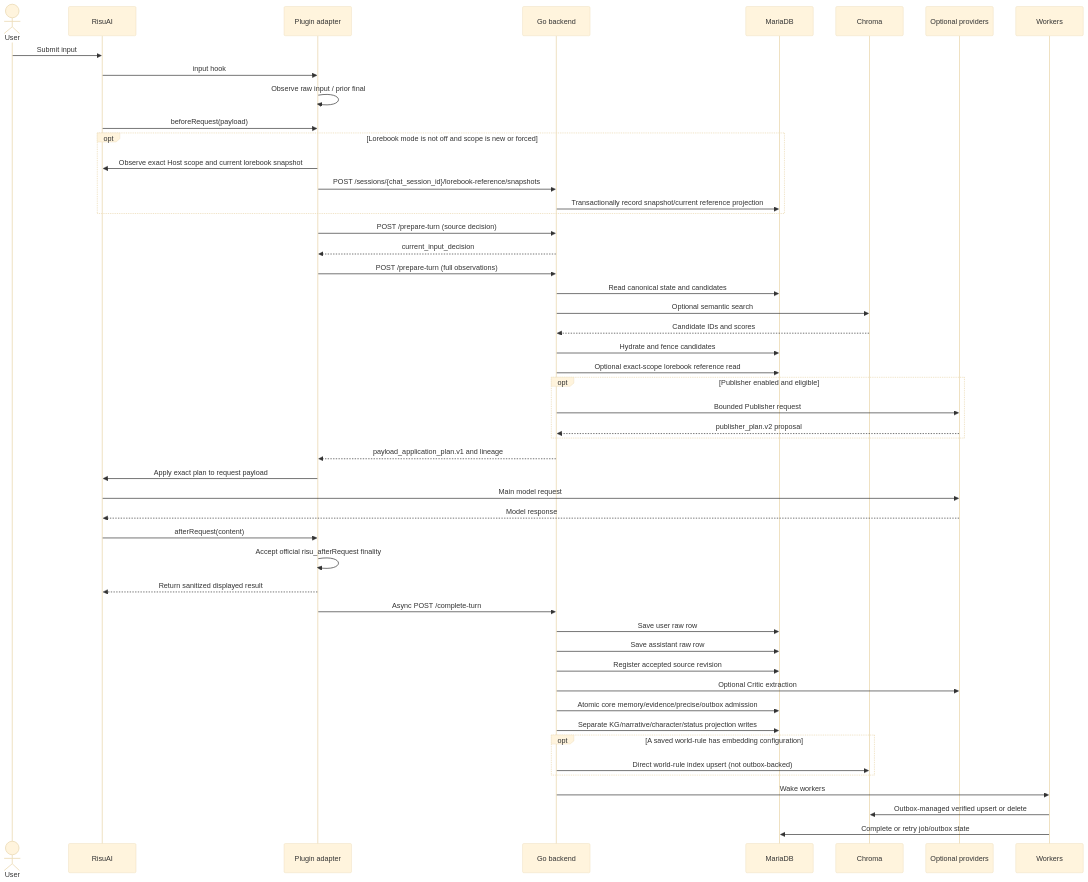
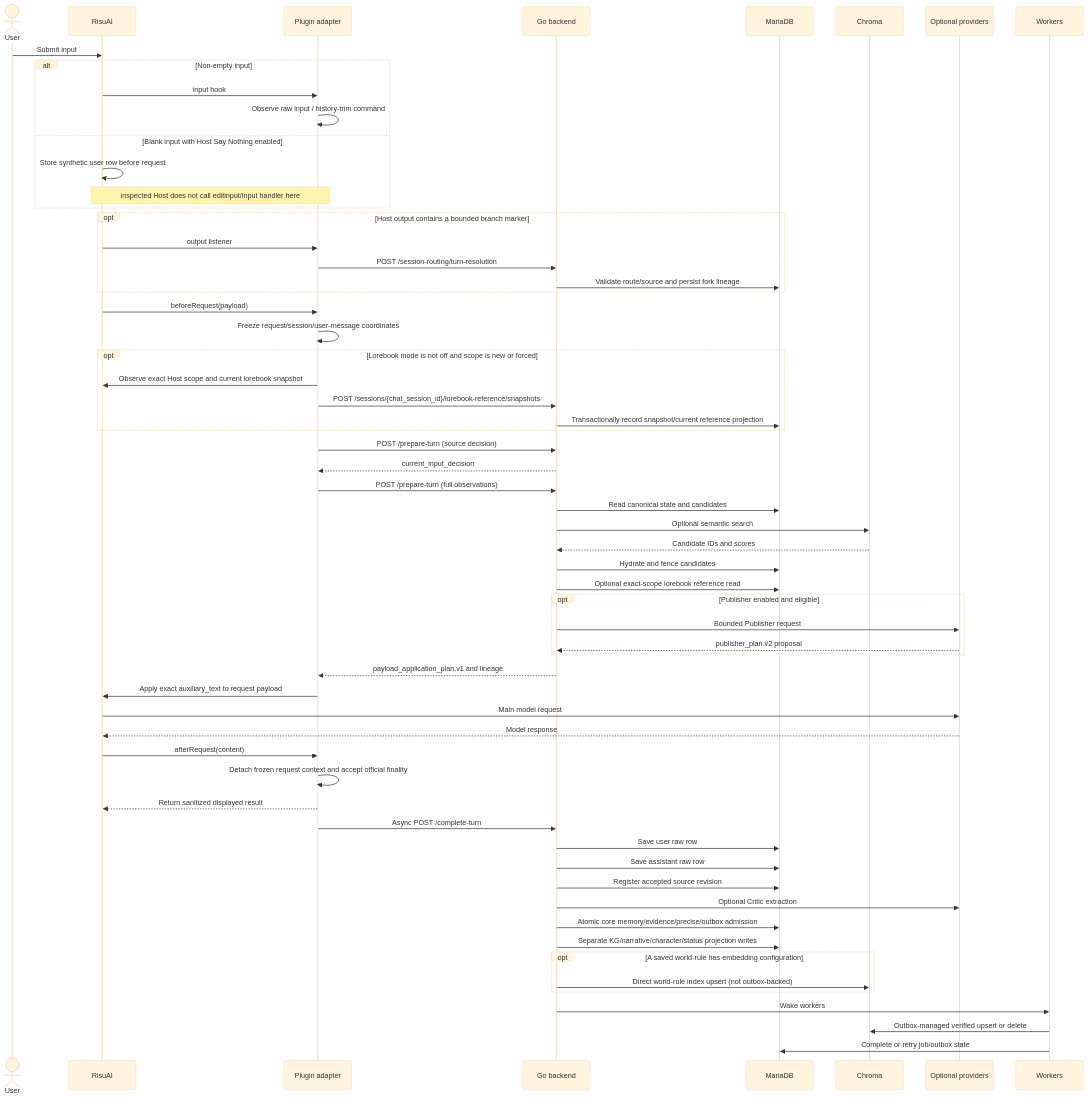
The third of 4 diagrams in STRUCTURE.md (Flazer31/archive-center), drawn with Mermaid (base theme) before and after one commit. The commit also changed other lines of this file and 28 other files, not shown here.

````diff
--- a/STRUCTURE.md
+++ b/STRUCTURE.md
@@ -196,53 +211,64 @@
 ```mermaid
 sequenceDiagram
     actor User
     participant Risu as RisuAI
     participant JS as Plugin adapter
     participant Go as Go backend
     participant DB as MariaDB
     participant Vec as Chroma
     participant LLM as Optional providers
     participant W as Workers
 
     User->>Risu: Submit input
-    Risu->>JS: input hook
-    JS->>JS: Observe raw input / prior final
+    alt Non-empty input
+        Risu->>JS: input hook
+        JS->>JS: Observe raw input / history-trim command
+    else Blank input with Host Say Nothing enabled
+        Risu->>Risu: Store synthetic user row before request
+        Note over Risu,JS: inspected Host does not call editinput/input handler here
+    end
+    opt Host output contains a bounded branch marker
+        Risu->>JS: output listener
+        JS->>Go: POST /session-routing/turn-resolution
+        Go->>DB: Validate route/source and persist fork lineage
+    end
     Risu->>JS: beforeRequest(payload)
+    JS->>JS: Freeze request/session/user-message coordinates
     opt Lorebook mode is not off and scope is new or forced
         JS->>Risu: Observe exact Host scope and current lorebook snapshot
         JS->>Go: POST /sessions/{chat_session_id}/lorebook-reference/snapshots
         Go->>DB: Transactionally record snapshot/current reference projection
     end
     JS->>Go: POST /prepare-turn (source decision)
     Go-->>JS: current_input_decision
     JS->>Go: POST /prepare-turn (full observations)
     Go->>DB: Read canonical state and candidates
     Go->>Vec: Optional semantic search
     Vec-->>Go: Candidate IDs and scores
     Go->>DB: Hydrate and fence candidates
     Go->>DB: Optional exact-scope lorebook reference read
     opt Publisher enabled and eligible
         Go->>LLM: Bounded Publisher request
         LLM-->>Go: publisher_plan.v2 proposal
     end
     Go-->>JS: payload_application_plan.v1 and lineage
-    JS->>Risu: Apply exact plan to request payload
+    JS->>Risu: Apply exact auxiliary_text to request payload
     Risu->>LLM: Main model request
     LLM-->>Risu: Model response
     Risu->>JS: afterRequest(content)
-    JS->>JS: Accept official risu_afterRequest finality
+    JS->>JS: Detach frozen request context and accept official finality
     JS-->>Risu: Return sanitized displayed result
     JS->>Go: Async POST /complete-turn
     Go->>DB: Save user raw row
     Go->>DB: Save assistant raw row
     Go->>DB: Register accepted source revision
     Go->>LLM: Optional Critic extraction
     Go->>DB: Atomic core memory/evidence/precise/outbox admission
     Go->>DB: Separate KG/narrative/character/status projection writes
     opt A saved world-rule has embedding configuration
         Go->>Vec: Direct world-rule index upsert (not outbox-backed)
     end
     Go->>W: Wake workers
     W->>Vec: Outbox-managed verified upsert or delete
     W->>DB: Complete or retry job/outbox state
 ```
````
